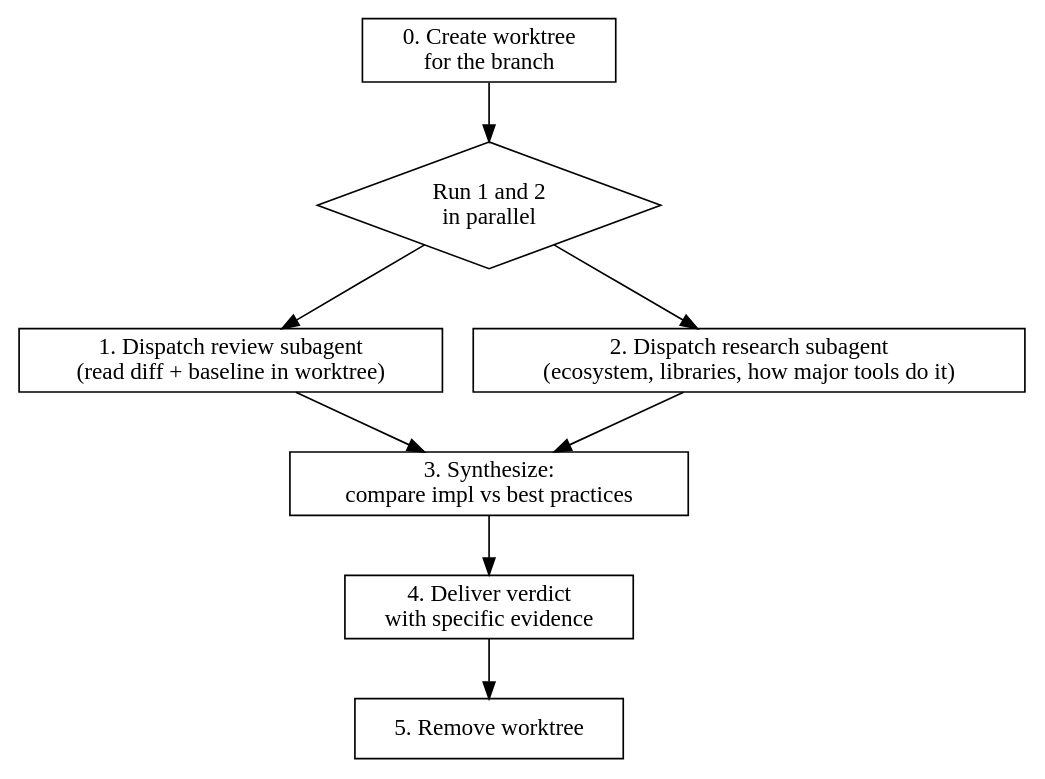
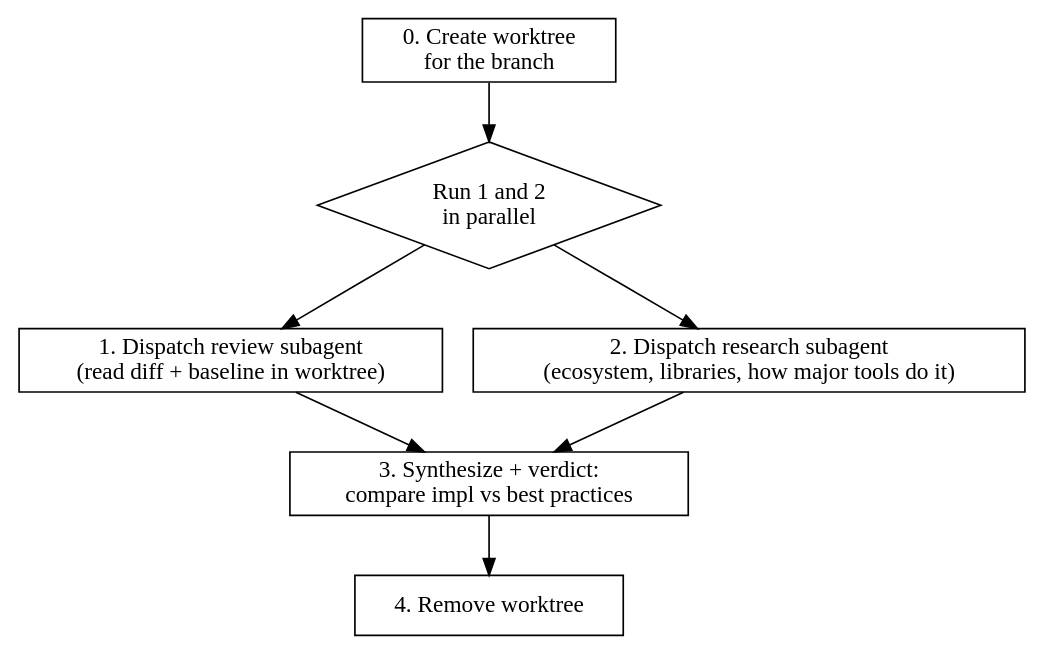
Before and after one commit to raiderrobert/flow: the diagram in skills/review-with-research/SKILL.md, drawn with Graphviz. The commit also changed other lines of this file and 2 other files, not shown here.

````diff
--- a/skills/review-with-research/SKILL.md
+++ b/skills/review-with-research/SKILL.md
@@ -24,22 +24,20 @@
 ```dot
 digraph review {
   rankdir=TB;
   node [shape=box];
 
   worktree [label="0. Create worktree\nfor the branch"];
   review [label="1. Dispatch review subagent\n(read diff + baseline in worktree)"];
   research [label="2. Dispatch research subagent\n(ecosystem, libraries, how major tools do it)"];
   parallel [label="Run 1 and 2\nin parallel" shape=diamond];
-  synthesize [label="3. Synthesize:\ncompare impl vs best practices"];
-  verdict [label="4. Deliver verdict\nwith specific evidence"];
-  cleanup [label="5. Remove worktree"];
+  synthesize [label="3. Synthesize + verdict:\ncompare impl vs best practices"];
+  cleanup [label="4. Remove worktree"];
 
   worktree -> parallel;
   parallel -> review;
   parallel -> research;
   review -> synthesize;
   research -> synthesize;
-  synthesize -> verdict;
-  verdict -> cleanup;
+  synthesize -> cleanup;
 }
 ```
````
